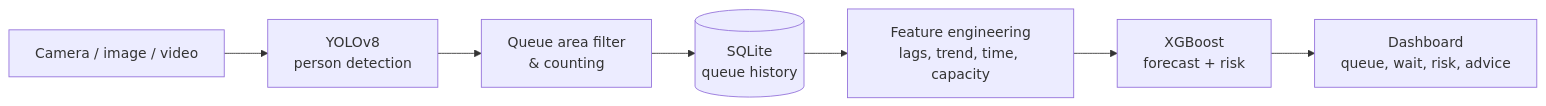
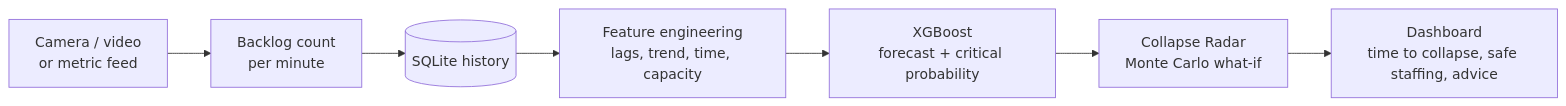
The diagram in README.md (Amitbhardwaj001/queue-collapse-predictor), drawn with Mermaid before and after one commit. The commit also changed other lines of this file and 20 other files, not shown here.

First line of the commit message:
Turn the queue predictor into a multi-domain collapse prediction platform

````diff
--- a/README.md
+++ b/README.md
@@ -41,9 +56,9 @@
 ```mermaid
 flowchart LR
-    A[Camera / image / video] --> B[YOLOv8<br/>person detection]
-    B --> C[Queue area filter<br/>& counting]
-    C --> D[(SQLite<br/>queue history)]
-    D --> E[Feature engineering<br/>lags, trend, time, capacity]
-    E --> F[XGBoost<br/>forecast + risk]
-    F --> G[Dashboard<br/>queue, wait, risk, advice]
+    A[Camera / video<br/>or metric feed] --> B[Backlog count<br/>per minute]
+    B --> C[(SQLite history)]
+    C --> D[Feature engineering<br/>lags, trend, time, capacity]
+    D --> E[XGBoost<br/>forecast + critical probability]
+    E --> F[Collapse Radar<br/>Monte Carlo what-if]
+    F --> G[Dashboard<br/>time to collapse, safe staffing, advice]
 ```
````
